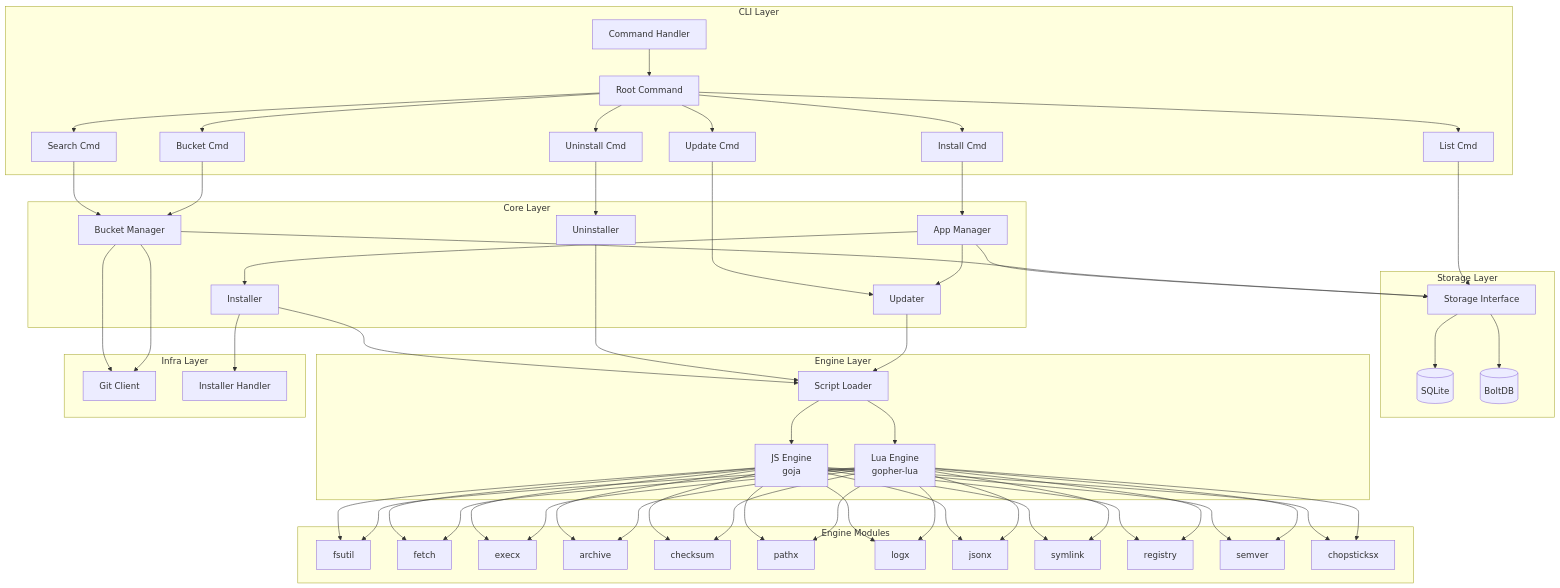
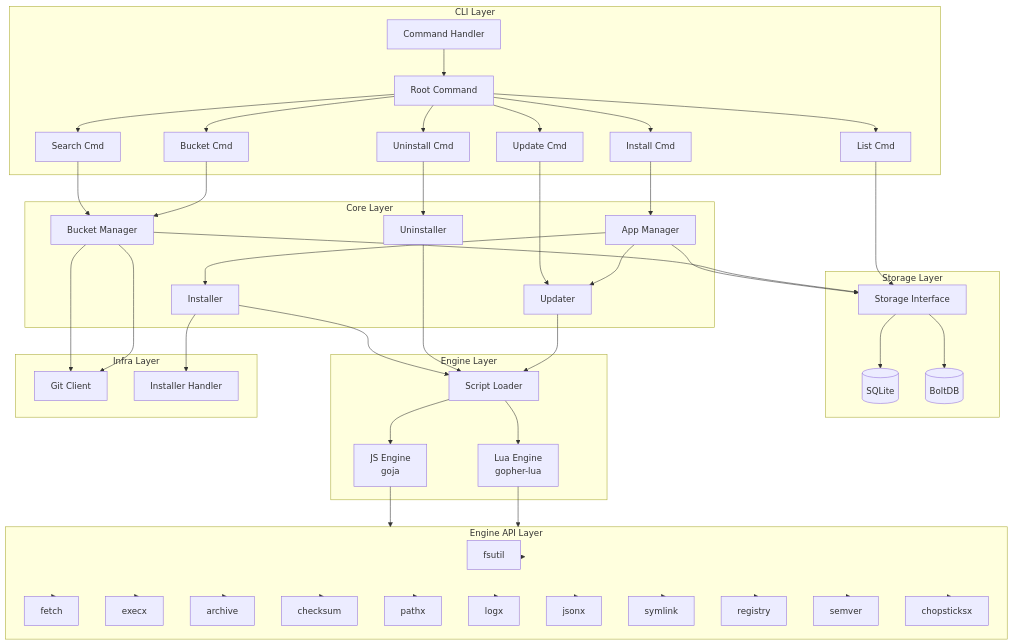
The first of 4 diagrams in wiki/ARCHITECTURE.md (morning-start/chopsticks), drawn with Mermaid before and after one commit. The commit also changed other lines of this file, not shown here.

First line of the commit message:
docs(architecture): 更新架构文档中的引擎层描述

````diff
--- a/wiki/ARCHITECTURE.md
+++ b/wiki/ARCHITECTURE.md
@@ -76,77 +84,78 @@
 ```mermaid
 graph TB
     subgraph CLI[CLI Layer]
         CMD[Command Handler]
         ROOT[Root Command]
         INSTALL[Install Cmd]
         UNINSTALL[Uninstall Cmd]
         UPDATE[Update Cmd]
         SEARCH[Search Cmd]
         LIST[List Cmd]
         BUCKET[Bucket Cmd]
     end
 
     subgraph CORE[Core Layer]
         APP_MGR[App Manager]
         BUCKET_MGR[Bucket Manager]
         INSTALLER[Installer]
         UNINSTALLER[Uninstaller]
         UPDATER[Updater]
     end
 
     subgraph STORE[Storage Layer]
         SQLITE[(SQLite)]
         BOLT[(BoltDB)]
         STORAGE[Storage Interface]
     end
 
     subgraph ENGINE[Engine Layer]
         JS[JS Engine<br/>goja]
         LUA[Lua Engine<br/>gopher-lua]
         SCRIPT[Script Loader]
     end
 
-    subgraph MODULES[Engine Modules]
+    subgraph API[Engine API Layer]
         FS[fsutil]
         FETCH[fetch]
         EXEC[execx]
         ARCH[archive]
         CHECK[checksum]
         PATH[pathx]
         LOG[logx]
         JSON[jsonx]
         SYM[symlink]
         REG[registry]
         SEMVER[semver]
         CHOPX[chopsticksx]
     end
 
     subgraph INFRA[Infra Layer]
         GIT[Git Client]
         INST[Installer Handler]
     end
 
     CMD --> ROOT
     ROOT --> INSTALL & UNINSTALL & UPDATE & SEARCH & LIST & BUCKET
 
     INSTALL --> APP_MGR
     UNINSTALL --> UNINSTALLER
     UPDATE --> UPDATER
     SEARCH --> BUCKET_MGR
     LIST --> STORAGE
     BUCKET --> BUCKET_MGR
 
     APP_MGR --> INSTALLER & UPDATER
     BUCKET_MGR --> GIT
 
     INSTALLER & UNINSTALLER & UPDATER --> SCRIPT
     SCRIPT --> JS & LUA
 
-    JS & LUA --> FS & FETCH & EXEC & ARCH & CHECK & PATH & LOG & JSON & SYM & REG & SEMVER & CHOPX
+    JS & LUA --> API
+    API --> FS & FETCH & EXEC & ARCH & CHECK & PATH & LOG & JSON & SYM & REG & SEMVER & CHOPX
 
     APP_MGR & BUCKET_MGR --> STORAGE
     STORAGE --> SQLITE & BOLT
 
     INSTALLER --> INST
     BUCKET_MGR --> GIT
 ```
````
